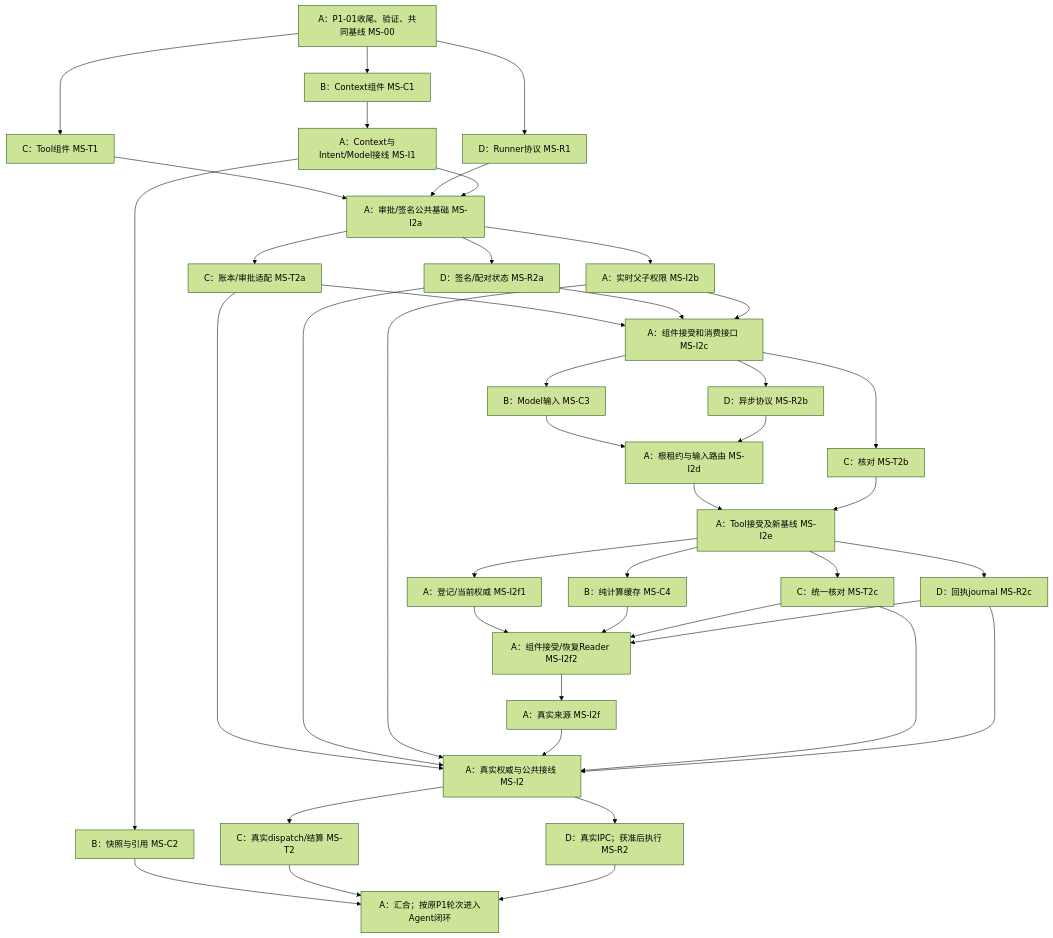
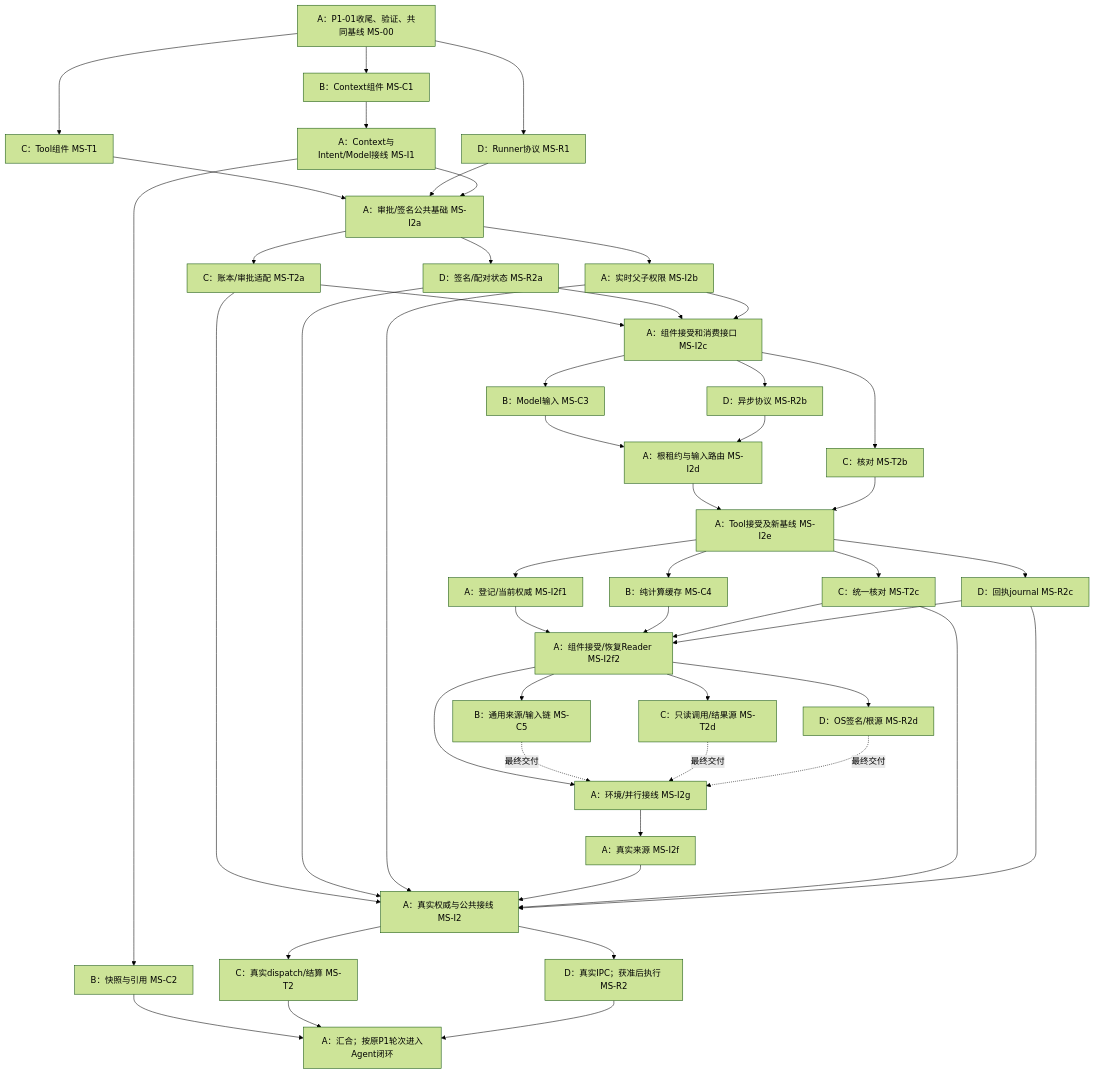
Before and after one commit to Guozai3633/UAW: the diagram in docs/plan/PARALLEL.md, drawn with Mermaid (forest theme). The commit also changed other lines of this file and 34 other files, not shown here.

````diff
--- a/docs/plan/PARALLEL.md
+++ b/docs/plan/PARALLEL.md
@@ -44,44 +44,51 @@
 ```mermaid
 flowchart TD
   A0["A：P1-01收尾、验证、共同基线 MS-00"] --> B1["B：Context组件 MS-C1"]
   A0 --> C1["C：Tool组件 MS-T1"]
   A0 --> D1["D：Runner协议 MS-R1"]
   B1 --> I1["A：Context与Intent/Model接线 MS-I1"]
   I1 --> B2["B：快照与引用 MS-C2"]
   C1 --> I2a["A：审批/签名公共基础 MS-I2a"]
   D1 --> I2a
   I1 --> I2a
   I2a --> C2a["C：账本/审批适配 MS-T2a"]
   I2a --> D2a["D：签名/配对状态 MS-R2a"]
   I2a --> I2b["A：实时父子权限 MS-I2b"]
   C2a --> I2["A：真实权威与公共接线 MS-I2"]
   D2a --> I2
   I2b --> I2
   C2a --> I2c["A：组件接受和消费接口 MS-I2c"]
   D2a --> I2c
   I2b --> I2c
   I2c --> B3["B：Model输入 MS-C3"]
   I2c --> C2b["C：核对 MS-T2b"]
   I2c --> D2b["D：异步协议 MS-R2b"]
   B3 --> I2d["A：根租约与输入路由 MS-I2d"]
   D2b --> I2d
   I2d --> I2e["A：Tool接受及新基线 MS-I2e"]
   C2b --> I2e
   I2e --> B4["B：纯计算缓存 MS-C4"]
   I2e --> C2c["C：统一核对 MS-T2c"]
   I2e --> D2c["D：回执journal MS-R2c"]
   I2e --> I2f1["A：登记/当前权威 MS-I2f1"]
   I2f1 --> I2f2["A：组件接受/恢复Reader MS-I2f2"]
   B4 --> I2f2
   C2c --> I2f2
   D2c --> I2f2
-  I2f2 --> I2f["A：真实来源 MS-I2f"]
+  I2f2 --> B5["B：通用来源/输入链 MS-C5"]
+  I2f2 --> C2d["C：只读调用/结果源 MS-T2d"]
+  I2f2 --> D2d["D：OS签名/根源 MS-R2d"]
+  I2f2 --> I2g["A：环境/并行接线 MS-I2g"]
+  B5 -.最终交付.-> I2g
+  C2d -.最终交付.-> I2g
+  D2d -.最终交付.-> I2g
+  I2g --> I2f["A：真实来源 MS-I2f"]
   I2f --> I2
   C2c --> I2
   D2c --> I2
   I2 --> C2["C：真实dispatch/结算 MS-T2"]
   I2 --> D2["D：真实IPC；获准后执行 MS-R2"]
   B2 --> I3["A：汇合；按原P1轮次进入Agent闭环"]
   C2 --> I3
   D2 --> I3
 ```
````
